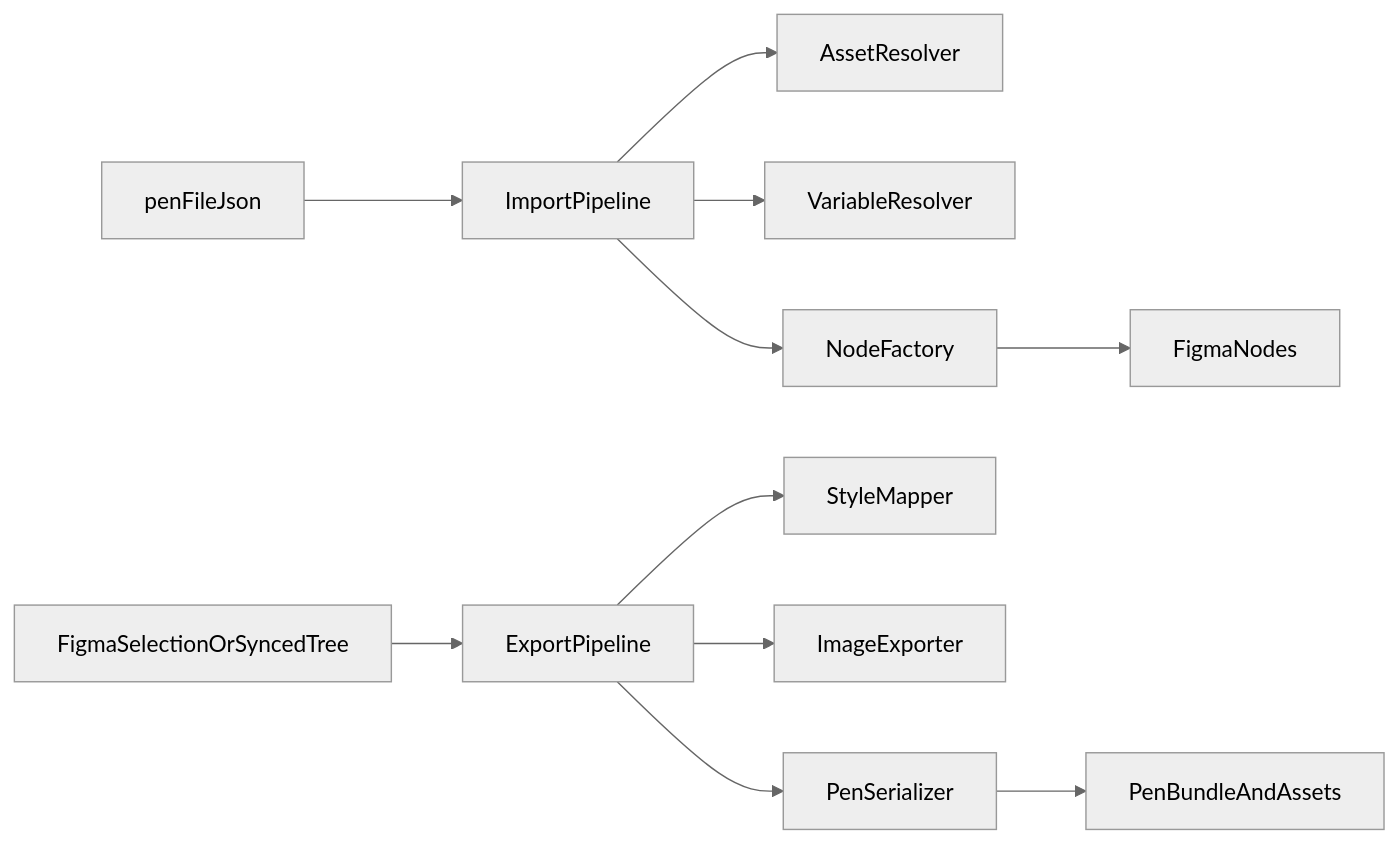
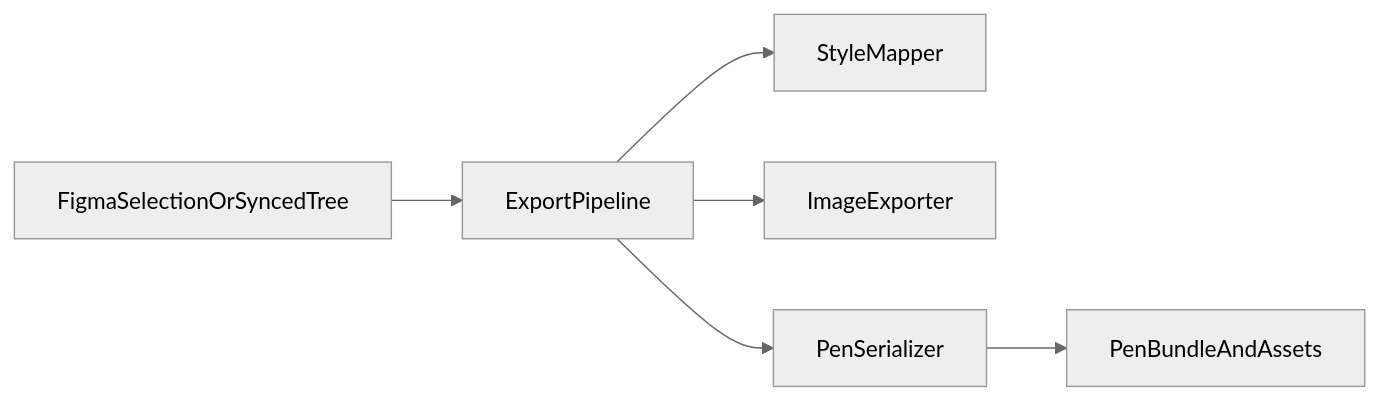
The diagram in docs/figma-pencil-互转功能设计.md (FangHaoming/pencil-to-figma), drawn with Mermaid (neutral theme) before and after one commit. The commit also changed other lines of this file and 14 other files, not shown here.

````diff
--- a/docs/figma-pencil-互转功能设计.md
+++ b/docs/figma-pencil-互转功能设计.md
@@ -47,14 +47,8 @@
 ```mermaid
 flowchart LR
-penFile[penFileJson] --> importPipeline[ImportPipeline]
-importPipeline --> assetResolver[AssetResolver]
-importPipeline --> variableResolver[VariableResolver]
-importPipeline --> nodeFactory[NodeFactory]
-nodeFactory --> figmaNodes[FigmaNodes]
-
 figmaSelection[FigmaSelectionOrSyncedTree] --> exportPipeline[ExportPipeline]
 exportPipeline --> styleMapper[StyleMapper]
 exportPipeline --> imageExporter[ImageExporter]
 exportPipeline --> penSerializer[PenSerializer]
 penSerializer --> penBundle[PenBundleAndAssets]
 ```
````
